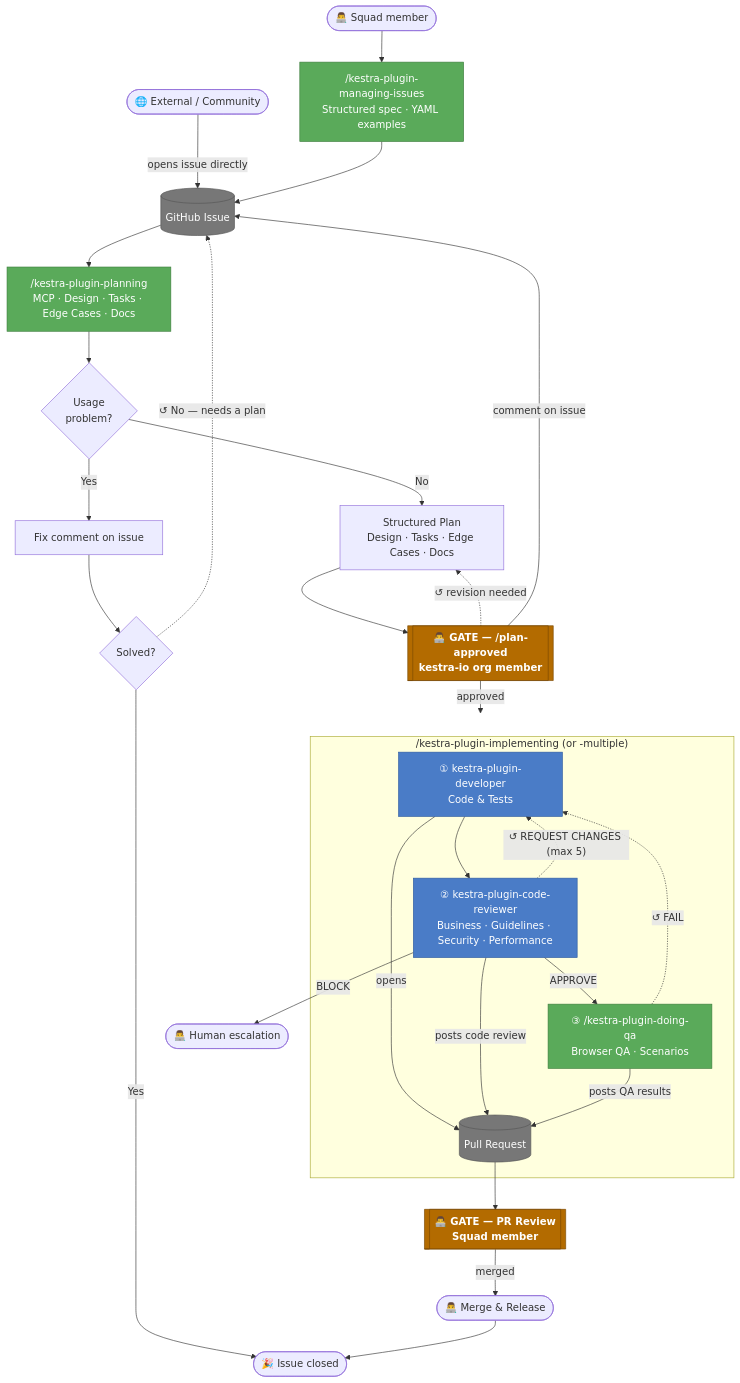
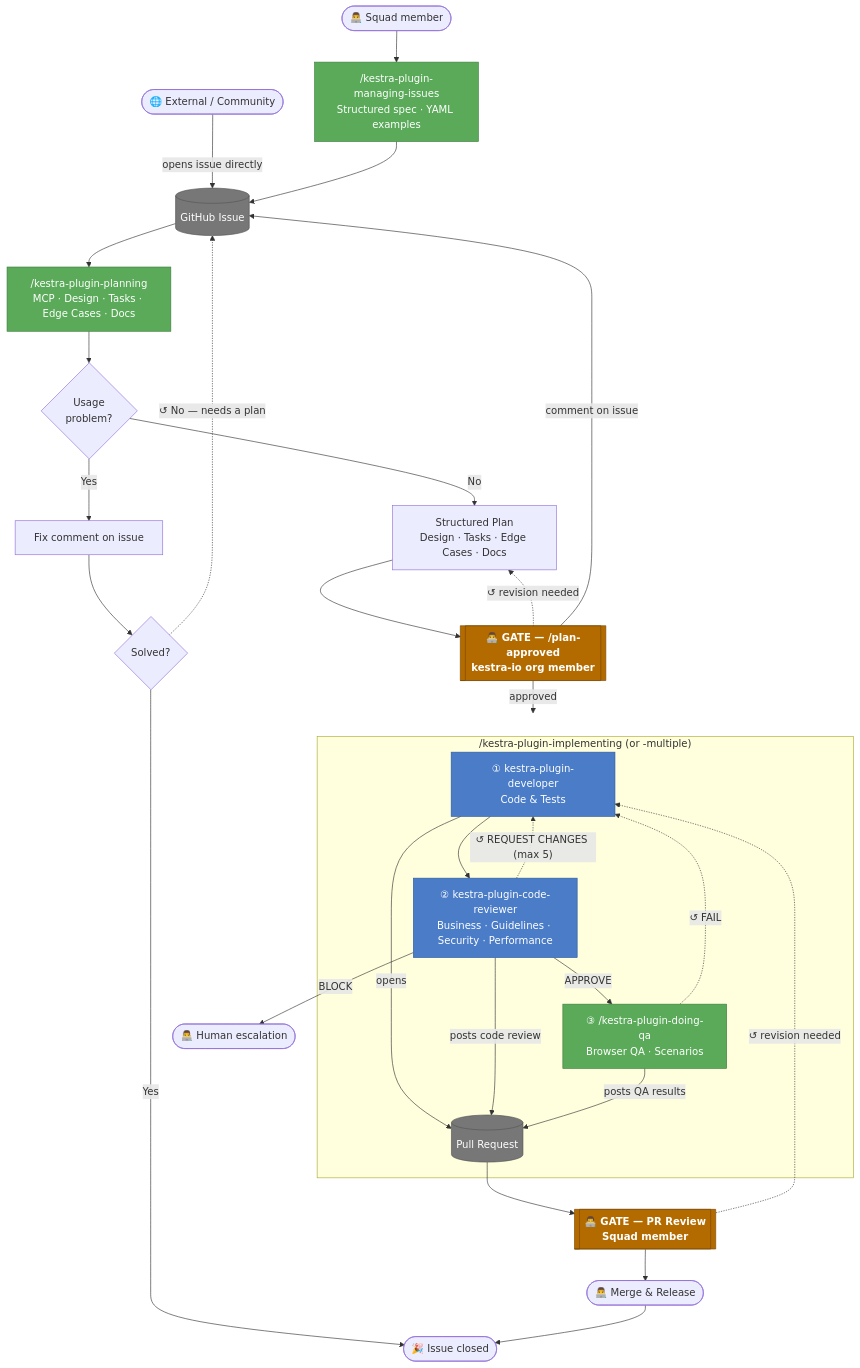
Before and after one commit to kestra-io/docs: the diagram in src/contents/blogs/context-engineering-plugins-squad/index.md, drawn with Mermaid.

Commit message:
docs: add revision loop from PR Review gate back to dev, drop merged label

````diff
--- a/src/contents/blogs/context-engineering-plugins-squad/index.md
+++ b/src/contents/blogs/context-engineering-plugins-squad/index.md
@@ -92,46 +92,47 @@
 ```mermaid
 flowchart TD
     EXT(["🌐 External / Community"]) -->|"opens issue directly"| GH
     A(["👨‍💻 Squad member"]) --> B
     B["/kestra-plugin-managing-issues\nStructured spec · YAML examples"] --> GH
     GH[(GitHub Issue)] --> C
     C["/kestra-plugin-planning\nMCP · Design · Tasks · Edge Cases · Docs"] --> D{Usage\nproblem?}
     D -->|Yes| E[Fix comment on issue]
     E --> S{Solved?}
     S -->|Yes| DONE(["🎉 Issue closed"])
     S -.->|"↺ No — needs a plan"| GH
     D -->|No| F["Structured Plan\nDesign · Tasks · Edge Cases · Docs"]
     F --> G[["👨‍💻 GATE — /plan-approved\nkestra-io org member"]]
     G -.->|"↺ revision needed"| F
     G -->|"comment on issue"| GH
     G -->|approved| IMPL
 
     subgraph IMPL["/kestra-plugin-implementing (or -multiple)"]
         I["① kestra-plugin-developer\nCode & Tests"]
         J["② kestra-plugin-code-reviewer\nBusiness · Guidelines · Security · Performance"]
         L["③ /kestra-plugin-doing-qa\nBrowser QA · Scenarios"]
         PR[(Pull Request)]
         I -->|"opens"| PR
         I --> J
         J -.->|"↺ REQUEST CHANGES (max 5)"| I
         J -->|APPROVE| L
         J -->|"posts code review"| PR
         L -.->|"↺ FAIL"| I
         L -->|"posts QA results"| PR
     end
 
     J -->|BLOCK| K(["👨‍💻 Human escalation"])
     PR --> M[["👨‍💻 GATE — PR Review\nSquad member"]]
-    M -->|merged| N(["👨‍💻 Merge & Release"])
+    M -.->|"↺ revision needed"| I
+    M --> N(["👨‍💻 Merge & Release"])
     N --> DONE
 
     classDef humanGate fill:#b36b00,stroke:#7a4800,color:#fff,font-weight:bold
     classDef agentStep fill:#4a7cc7,stroke:#2c5aa0,color:#fff
     classDef skillStep fill:#5aaa5a,stroke:#3d7d3d,color:#fff
     classDef artifact fill:#777,stroke:#555,color:#fff
 
     class G,M humanGate
     class I,J agentStep
     class B,C,L skillStep
     class GH,PR artifact
 ```
````
